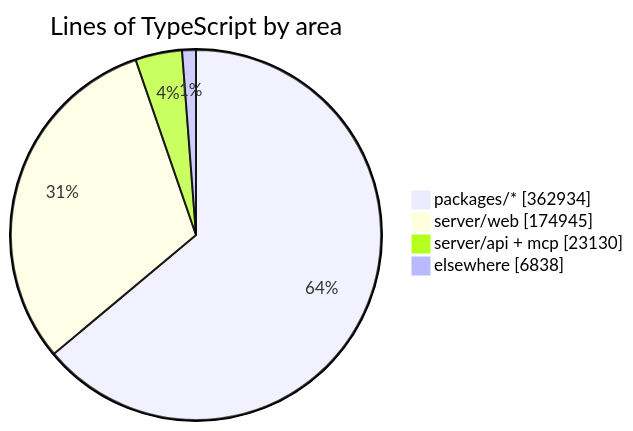
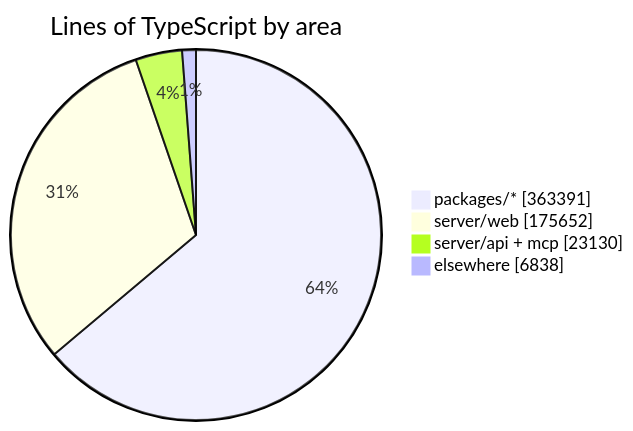
One commit to crossworks-engineering/mantle changed the diagram in README.md. Above: the diagram before and after it, drawn with Mermaid. The commit also changed other lines of this file and 2 other files, not shown here.

````diff
--- a/README.md
+++ b/README.md
@@ -294,7 +294,7 @@
 ```mermaid
 pie showData title Lines of TypeScript by area
-    "packages/*" : 362934
-    "server/web" : 174945
+    "packages/*" : 363391
+    "server/web" : 175652
     "server/api + mcp" : 23130
     "elsewhere" : 6838
 ```
````
